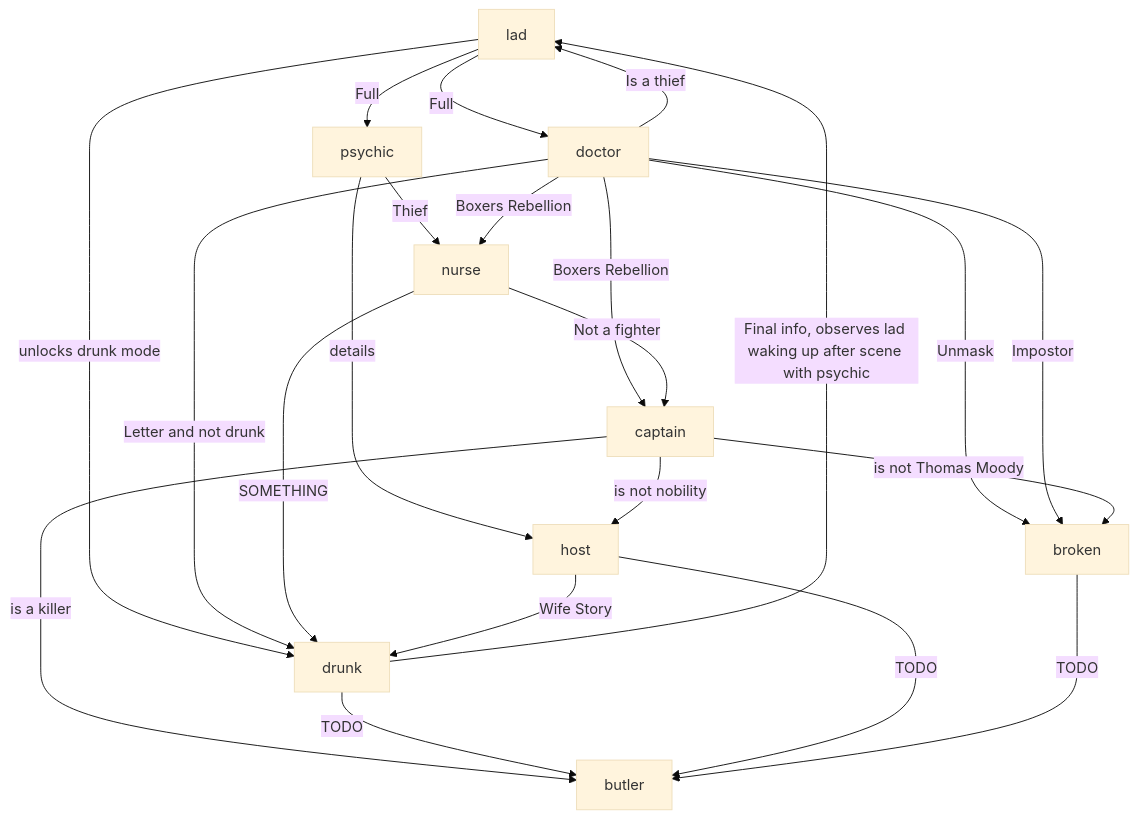
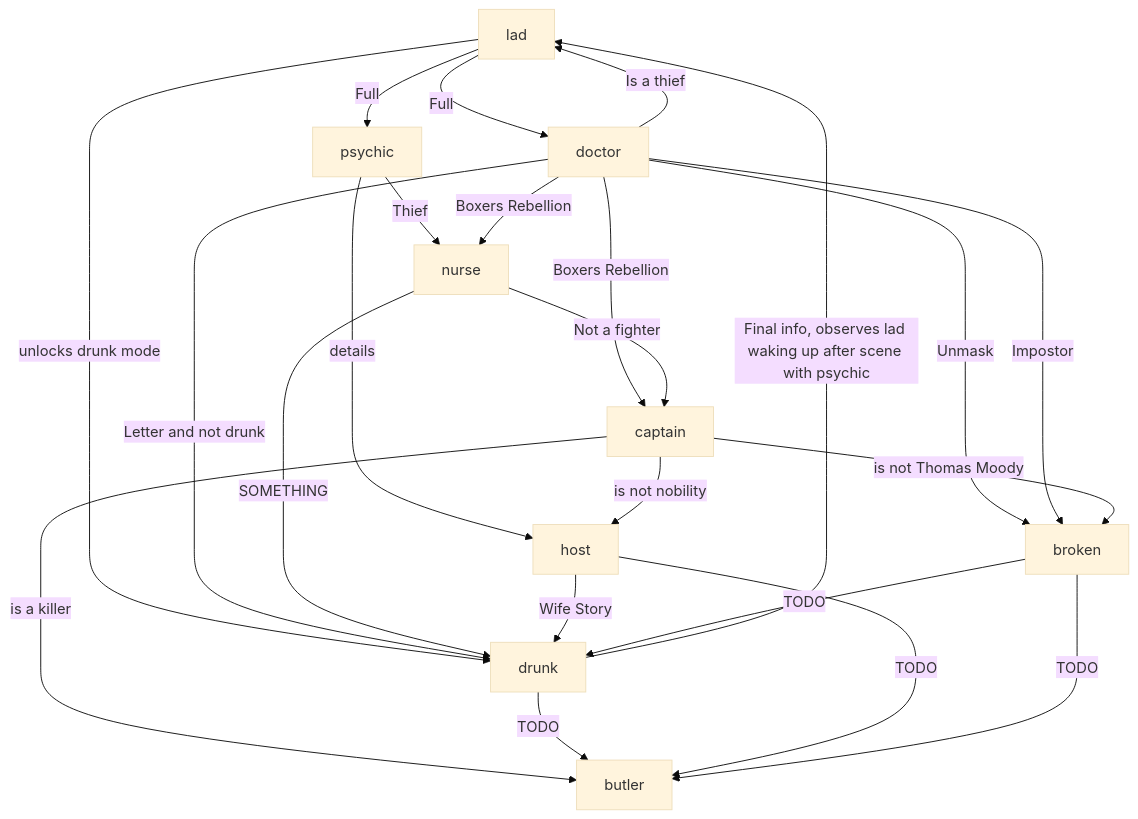
Before and after one commit to olivierpierre85/ClaythornManor: the diagram in docs/game_story/unlock.md, drawn with Mermaid (base theme). The commit also changed 3 other files, not shown here.

````diff
--- a/docs/game_story/unlock.md
+++ b/docs/game_story/unlock.md
@@ -5,24 +5,25 @@
 ```mermaid
 graph TD;
     lad -->|Full| doctor;
     lad -->|Full| psychic;
     lad -->|unlocks drunk mode| drunk;
     psychic -->|Thief| nurse;
     psychic -->|details| host;
     doctor -->|Boxers Rebellion | nurse;
     doctor -->|Boxers Rebellion| captain;
     doctor -->|Letter and not drunk| drunk;
     doctor -->|Unmask| broken;
     doctor -->|Is a thief| lad;
     doctor -->|Impostor| broken;
     nurse -->|Not a fighter| captain;
     nurse -->|SOMETHING| drunk;
     captain -->|is not nobility| host;
     captain -->|is not Thomas Moody| broken;
     host -->|Wife Story| drunk;
     drunk -->|Final info, observes lad waking up after scene with psychic| lad;
     captain -->|is a killer| butler;
     drunk -->|TODO| butler;
     host -->|TODO| butler;
     broken -->|TODO| butler;
+    broken -->|TODO| drunk;
 ```
````
